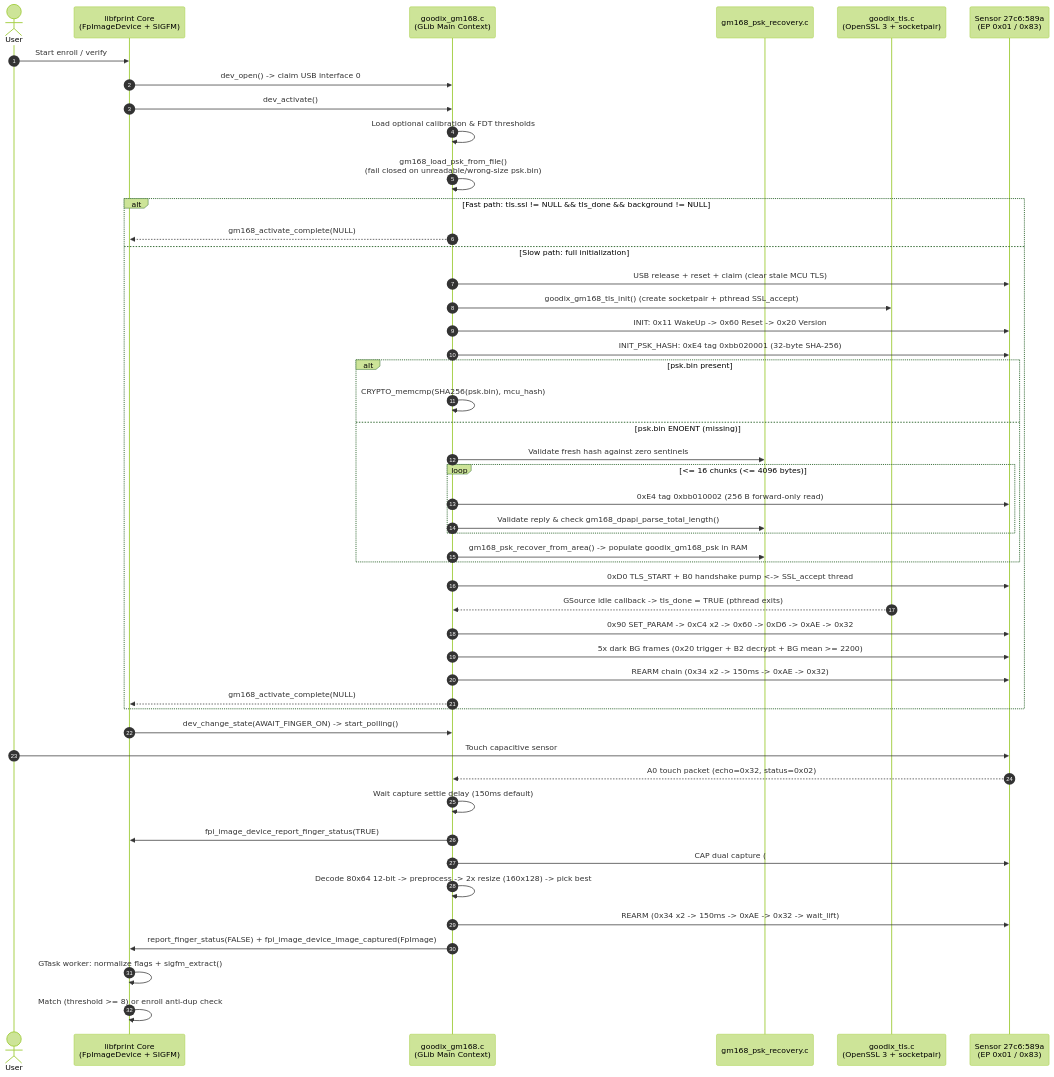
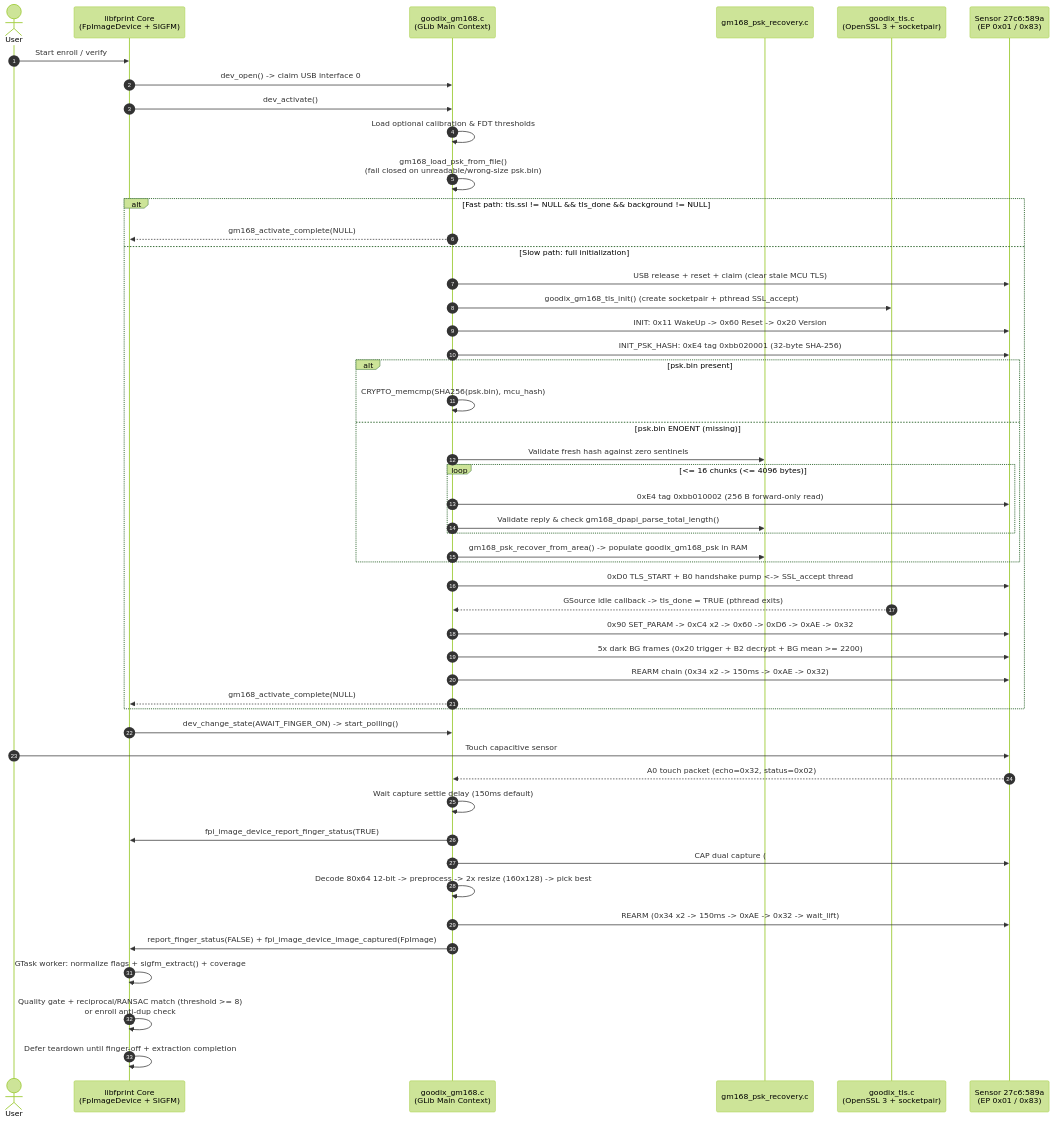
Before and after one commit to mrcook1e-ai/goodix-gm168sec: the second of 2 diagrams in docs/ARCHITECTURE.md, drawn with Mermaid (forest theme). The commit also changed other lines of this file and 15 other files, not shown here.

First line of the commit message:
sigfm: add reciprocal matching and capture quality gates

````diff
--- a/docs/ARCHITECTURE.md
+++ b/docs/ARCHITECTURE.md
@@ -65,53 +65,54 @@
 ```mermaid
 sequenceDiagram
     autonumber
     actor User
     participant Core as libfprint Core<br/>(FpImageDevice + SIGFM)
     participant Drv as goodix_gm168.c<br/>(GLib Main Context)
     participant Rec as gm168_psk_recovery.c
     participant Tls as goodix_tls.c<br/>(OpenSSL 3 + socketpair)
     participant Usb as Sensor 27c6:589a<br/>(EP 0x01 / 0x83)
 
     User->>Core: Start enroll / verify
     Core->>Drv: dev_open() -> claim USB interface 0
     Core->>Drv: dev_activate()
     Drv->>Drv: Load optional calibration & FDT thresholds
     Drv->>Drv: gm168_load_psk_from_file()<br/>(fail closed on unreadable/wrong-size psk.bin)
 
     alt Fast path: tls.ssl != NULL && tls_done && background != NULL
         Drv-->>Core: gm168_activate_complete(NULL)
     else Slow path: full initialization
         Drv->>Usb: USB release + reset + claim (clear stale MCU TLS)
         Drv->>Tls: goodix_gm168_tls_init() (create socketpair + pthread SSL_accept)
         Drv->>Usb: INIT: 0x11 WakeUp -> 0x60 Reset -> 0x20 Version
         Drv->>Usb: INIT_PSK_HASH: 0xE4 tag 0xbb020001 (32-byte SHA-256)
         alt psk.bin present
             Drv->>Drv: CRYPTO_memcmp(SHA256(psk.bin), mcu_hash)
         else psk.bin ENOENT (missing)
             Drv->>Rec: Validate fresh hash against zero sentinels
             loop <= 16 chunks (<= 4096 bytes)
                 Drv->>Usb: 0xE4 tag 0xbb010002 (256 B forward-only read)
                 Drv->>Rec: Validate reply & check gm168_dpapi_parse_total_length()
             end
             Drv->>Rec: gm168_psk_recover_from_area() -> populate goodix_gm168_psk in RAM
         end
         Drv->>Usb: 0xD0 TLS_START + B0 handshake pump <-> SSL_accept thread
         Tls-->>Drv: GSource idle callback -> tls_done = TRUE (pthread exits)
         Drv->>Usb: 0x90 SET_PARAM -> 0xC4 x2 -> 0x60 -> 0xD6 -> 0xAE -> 0x32
         Drv->>Usb: 5x dark BG frames (0x20 trigger + B2 decrypt + BG mean >= 2200)
         Drv->>Usb: REARM chain (0x34 x2 -> 150ms -> 0xAE -> 0x32)
         Drv-->>Core: gm168_activate_complete(NULL)
     end
 
     Core->>Drv: dev_change_state(AWAIT_FINGER_ON) -> start_polling()
     User->>Usb: Touch capacitive sensor
     Usb-->>Drv: A0 touch packet (echo=0x32, status=0x02)
     Drv->>Drv: Wait capture settle delay (150ms default)
     Drv->>Core: fpi_image_device_report_finger_status(TRUE)
     Drv->>Usb: CAP dual capture (#1 + #2 via 0x20 + B2 decrypt)
     Drv->>Drv: Decode 80x64 12-bit -> preprocess -> 2x resize (160x128) -> pick best
     Drv->>Usb: REARM (0x34 x2 -> 150ms -> 0xAE -> 0x32 -> wait_lift)
     Drv->>Core: report_finger_status(FALSE) + fpi_image_device_image_captured(FpImage)
-    Core->>Core: GTask worker: normalize flags + sigfm_extract()
-    Core->>Core: Match (threshold >= 8) or enroll anti-dup check
+    Core->>Core: GTask worker: normalize flags + sigfm_extract() + coverage
+    Core->>Core: Quality gate + reciprocal/RANSAC match (threshold >= 8)<br/>or enroll anti-dup check
+    Core->>Core: Defer teardown until finger-off + extraction completion
 ```
````
